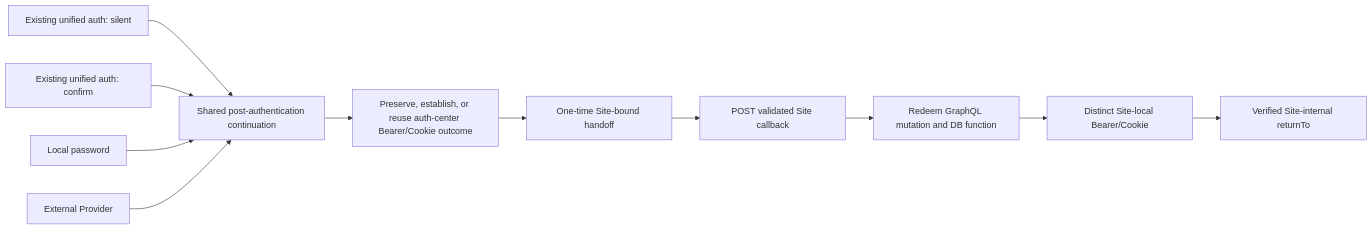
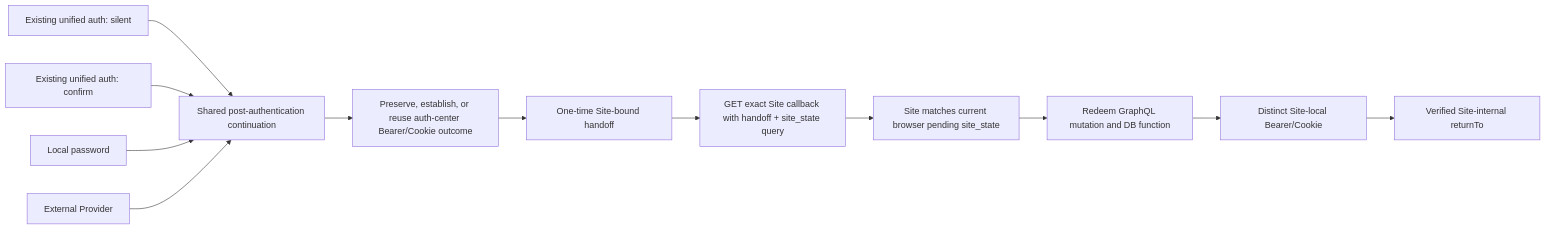
Before and after one commit to Zetazzz/Constructive: the fourth of 4 diagrams in docs/spec/oauth-sso-platform-integration.md, drawn with Mermaid. The commit also changed other lines of this file and 4 other files, not shown here.

````diff
--- a/docs/spec/oauth-sso-platform-integration.md
+++ b/docs/spec/oauth-sso-platform-integration.md
@@ -256,13 +266,14 @@
 ```mermaid
 flowchart LR
     Silent["Existing unified auth: silent"] --> Shared["Shared post-authentication continuation"]
     Confirm["Existing unified auth: confirm"] --> Shared
     Password["Local password"] --> Shared
     Provider["External Provider"] --> Shared
     Shared --> Center["Preserve, establish, or reuse auth-center Bearer/Cookie outcome"]
     Center --> Handoff["One-time Site-bound handoff"]
-    Handoff --> Callback["POST validated Site callback"]
-    Callback --> Redeem["Redeem GraphQL mutation and DB function"]
+    Handoff --> Callback["GET exact Site callback with handoff + site_state query"]
+    Callback --> Correlate["Site matches current browser pending site_state"]
+    Correlate --> Redeem["Redeem GraphQL mutation and DB function"]
     Redeem --> Credential["Distinct Site-local Bearer/Cookie"]
     Credential --> Return["Verified Site-internal returnTo"]
 ```
````
